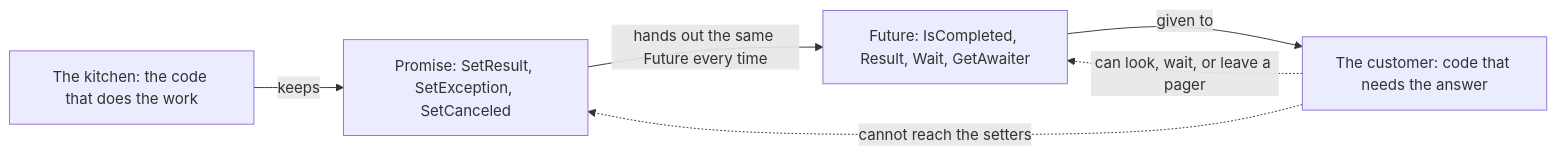
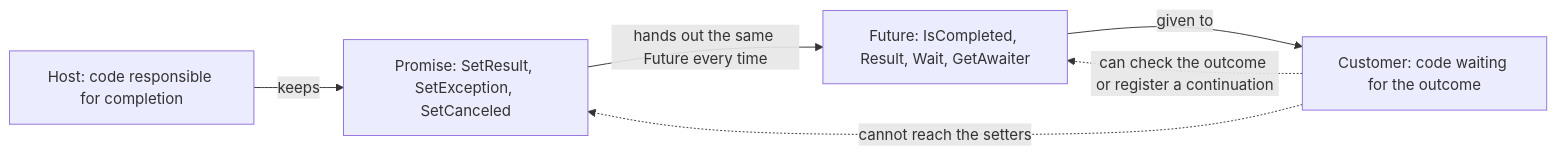
Before and after one commit to mmpworks/MMP.AsyncProxy: the third of 6 diagrams in docs/course/02-callbacks-and-promises.md, drawn with Mermaid. The commit also changed other lines of this file and 15 other files, not shown here.

````diff
--- a/docs/course/02-callbacks-and-promises.md
+++ b/docs/course/02-callbacks-and-promises.md
@@ -283,8 +386,8 @@
 ```mermaid
 flowchart LR
-    K["The kitchen: the code that does the work"] -->|"keeps"| PR["Promise: SetResult, SetException, SetCanceled"]
+    K["Host: code responsible for completion"] -->|"keeps"| PR["Promise: SetResult, SetException, SetCanceled"]
     PR -->|"hands out the same Future every time"| FU["Future: IsCompleted, Result, Wait, GetAwaiter"]
-    FU -->|"given to"| CU["The customer: code that needs the answer"]
-    CU -.->|"can look, wait, or leave a pager"| FU
+    FU -->|"given to"| CU["Customer: code waiting for the outcome"]
+    CU -.->|"can check the outcome or register a continuation"| FU
     CU -.->|"cannot reach the setters"| PR
 ```
````
